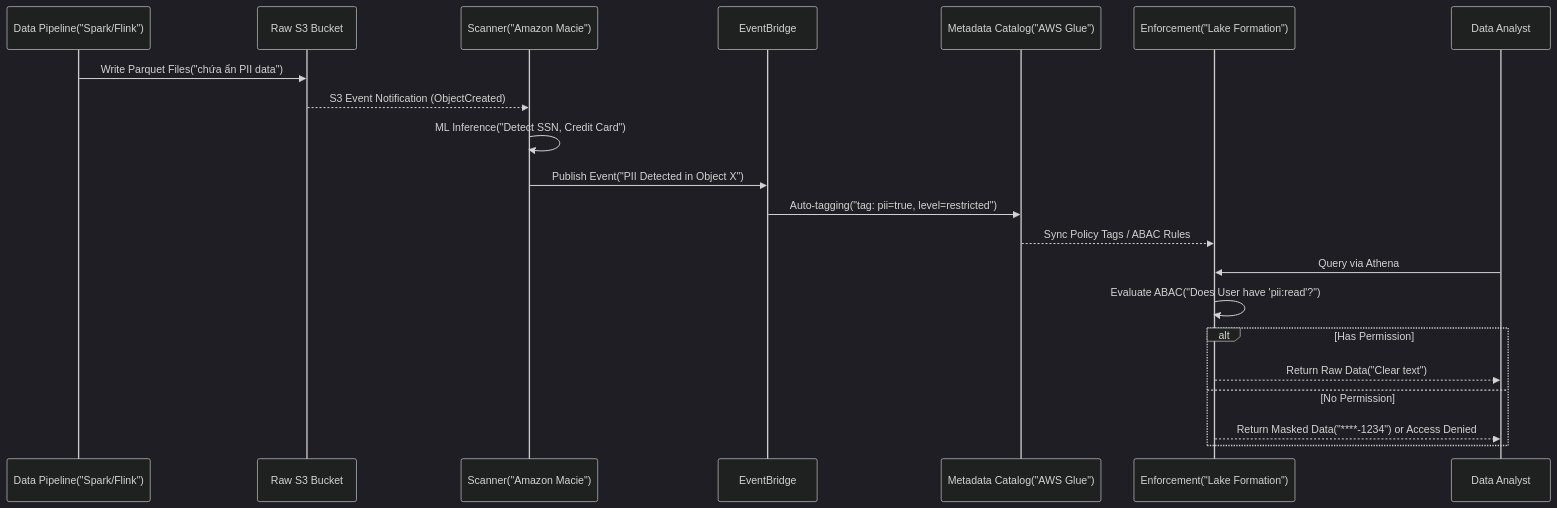
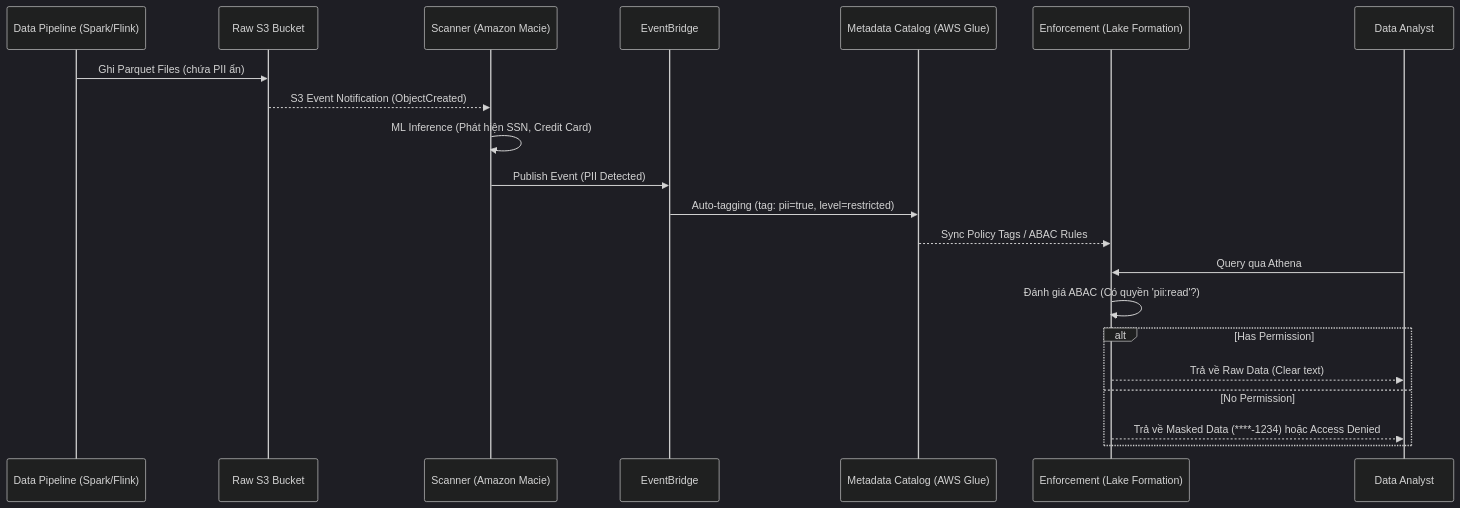
One commit to kythuatdulieu/kythuatdulieu.github.io changed the diagram in src/content/docs/concepts/8-security-governance-finops/data-classification.md. Above: the diagram before and after it, drawn with Mermaid (dark theme). The commit also changed other lines of this file and 1 other file, not shown here.

Commit message:
rewrite(8-security-governance-finops): data-classification

````diff
--- a/src/content/docs/concepts/8-security-governance-finops/data-classification.md
+++ b/src/content/docs/concepts/8-security-governance-finops/data-classification.md
@@ -30,24 +49,24 @@
 ```mermaid
 sequenceDiagram
-    participant P as Data Pipeline("Spark/Flink")
+    participant P as Data Pipeline (Spark/Flink)
     participant S3 as Raw S3 Bucket
-    participant M as Scanner("Amazon Macie")
+    participant M as Scanner (Amazon Macie)
     participant EB as EventBridge
-    participant C as Metadata Catalog("AWS Glue")
-    participant L as Enforcement("Lake Formation")
+    participant C as Metadata Catalog (AWS Glue)
+    participant L as Enforcement (Lake Formation)
     participant U as Data Analyst
     
-    P->>S3: Write Parquet Files("chứa ẩn PII data")
+    P->>S3: Ghi Parquet Files (chứa PII ẩn)
     S3-->>M: S3 Event Notification (ObjectCreated)
-    M->>M: ML Inference("Detect SSN, Credit Card")
-    M->>EB: Publish Event("PII Detected in Object X")
-    EB->>C: Auto-tagging("tag: pii=true, level=restricted")
+    M->>M: ML Inference (Phát hiện SSN, Credit Card)
+    M->>EB: Publish Event (PII Detected)
+    EB->>C: Auto-tagging (tag: pii=true, level=restricted)
     C-->>L: Sync Policy Tags / ABAC Rules
-    U->>L: Query via Athena
-    L->>L: Evaluate ABAC("Does User have 'pii:read'?")
+    U->>L: Query qua Athena
+    L->>L: Đánh giá ABAC (Có quyền 'pii:read'?)
     alt Has Permission
-        L-->>U: Return Raw Data("Clear text")
+        L-->>U: Trả về Raw Data (Clear text)
     else No Permission
-        L-->>U: Return Masked Data("****-1234") or Access Denied
+        L-->>U: Trả về Masked Data (****-1234) hoặc Access Denied
     end
 ```
````
